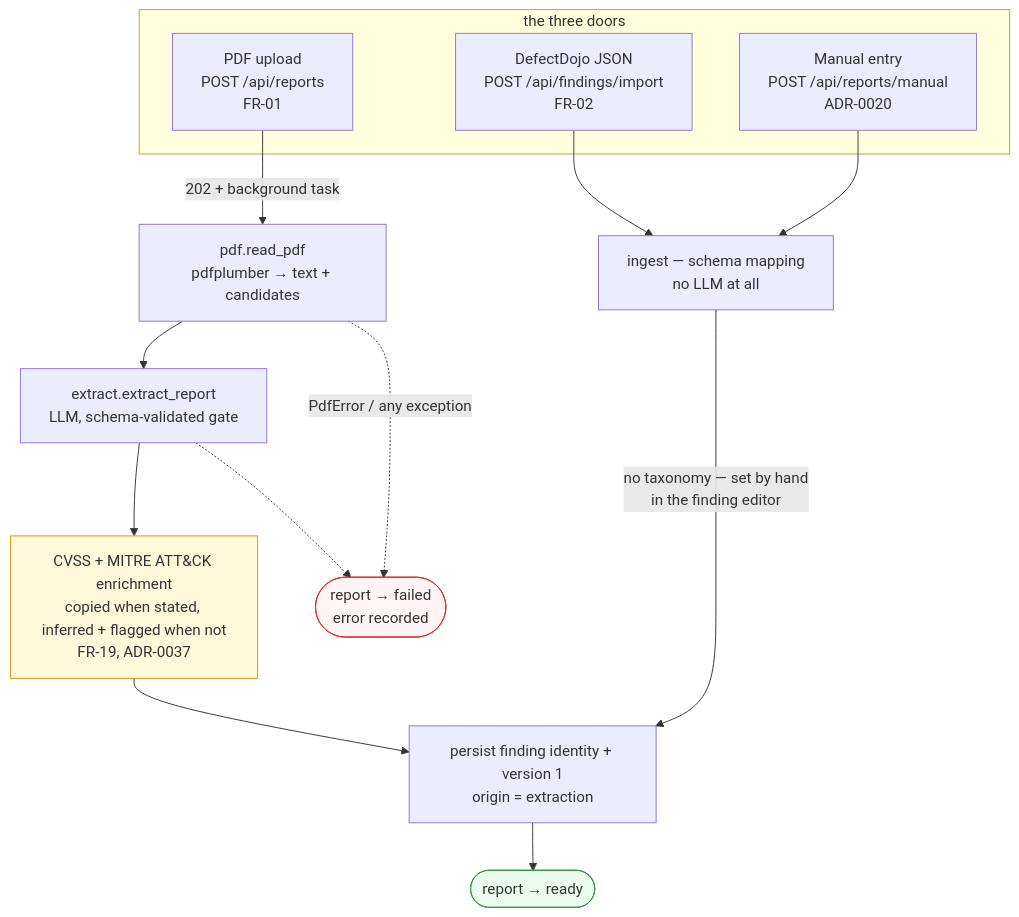
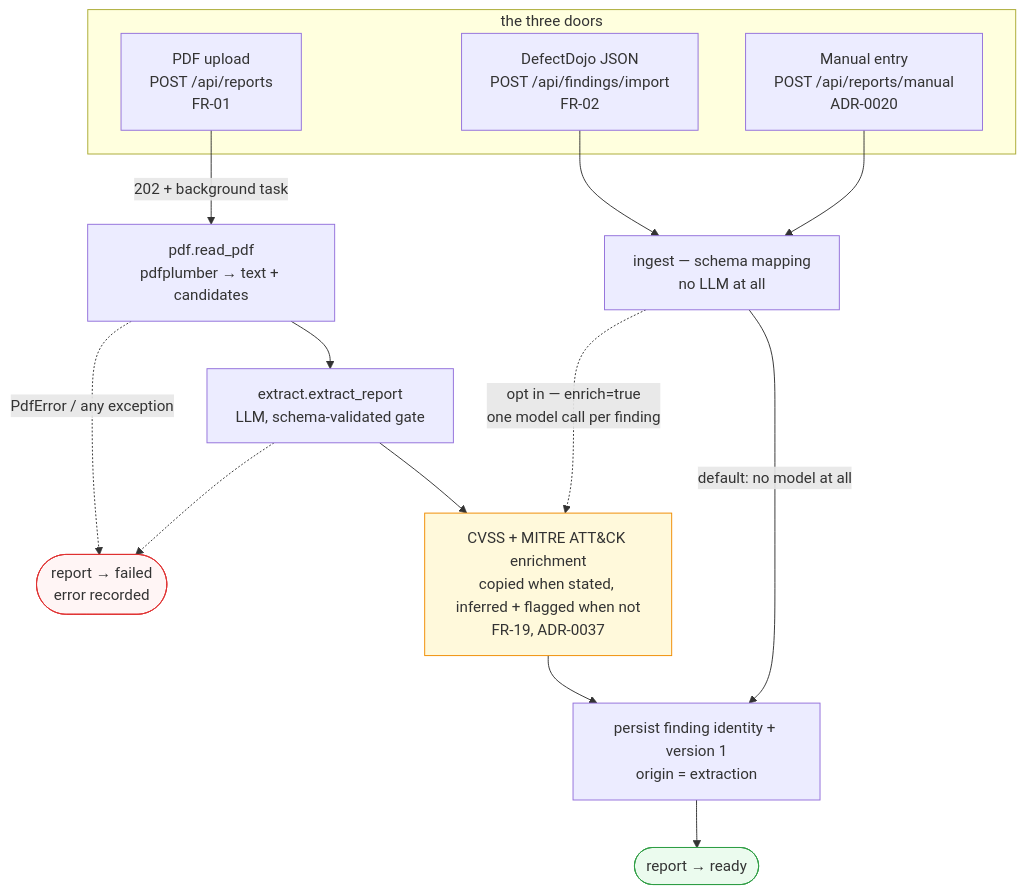
Before and after one commit to SelfishCoconut/revalid: the first of 5 diagrams in docs/architecture/subsystem-flows.md, drawn with Mermaid. The commit also changed other lines of this file and 19 other files, not shown here.

````diff
--- a/docs/architecture/subsystem-flows.md
+++ b/docs/architecture/subsystem-flows.md
@@ -17,25 +17,26 @@
 ```mermaid
 flowchart TB
     subgraph doors["the three doors"]
         P["PDF upload<br/>POST /api/reports<br/>FR-01"]
         J["DefectDojo JSON<br/>POST /api/findings/import<br/>FR-02"]
         M["Manual entry<br/>POST /api/reports/manual<br/>ADR-0020"]
     end
 
     P -->|"202 + background task"| PX["pdf.read_pdf<br/>pdfplumber → text + candidates"]
     PX --> EX["extract.extract_report<br/>LLM, schema-validated gate"]
     J --> MAP["ingest — schema mapping<br/>no LLM at all"]
     M --> MAP
 
     EX --> ENR["CVSS + MITRE ATT&CK enrichment<br/>copied when stated, inferred + flagged when not<br/>FR-19, ADR-0037"]
     ENR --> PERSIST["persist finding identity + version 1<br/>origin = extraction"]
-    MAP -->|"no taxonomy — set by hand<br/>in the finding editor"| PERSIST
+    MAP -->|"default: no model at all"| PERSIST
+    MAP -.->|"opt in — enrich=true<br/>one model call per finding"| ENR
     PERSIST --> READY(["report → ready"])
 
     PX -.->|"PdfError / any exception"| FAIL(["report → failed<br/>error recorded"])
     EX -.-> FAIL
 
     style READY fill:#ebfbee,stroke:#2f9e44
     style FAIL fill:#fff5f5,stroke:#e03131
     style ENR fill:#fff9db,stroke:#f08c00
 ```
````
